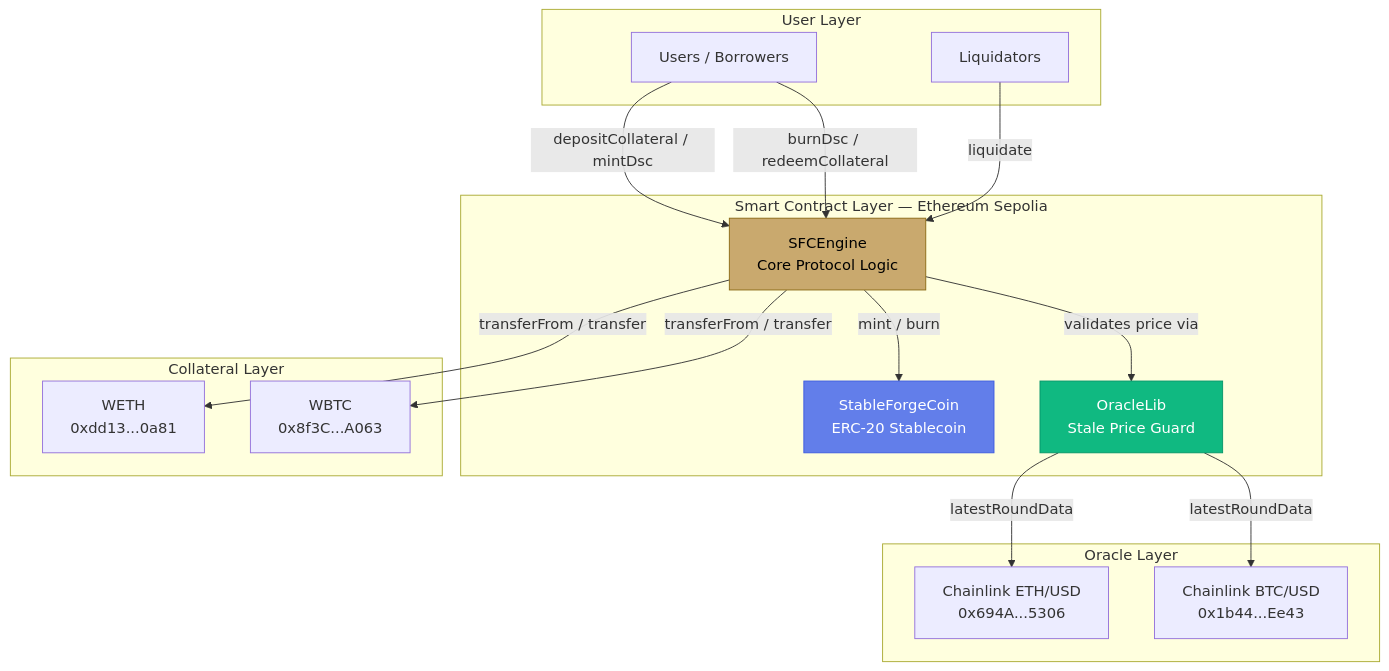
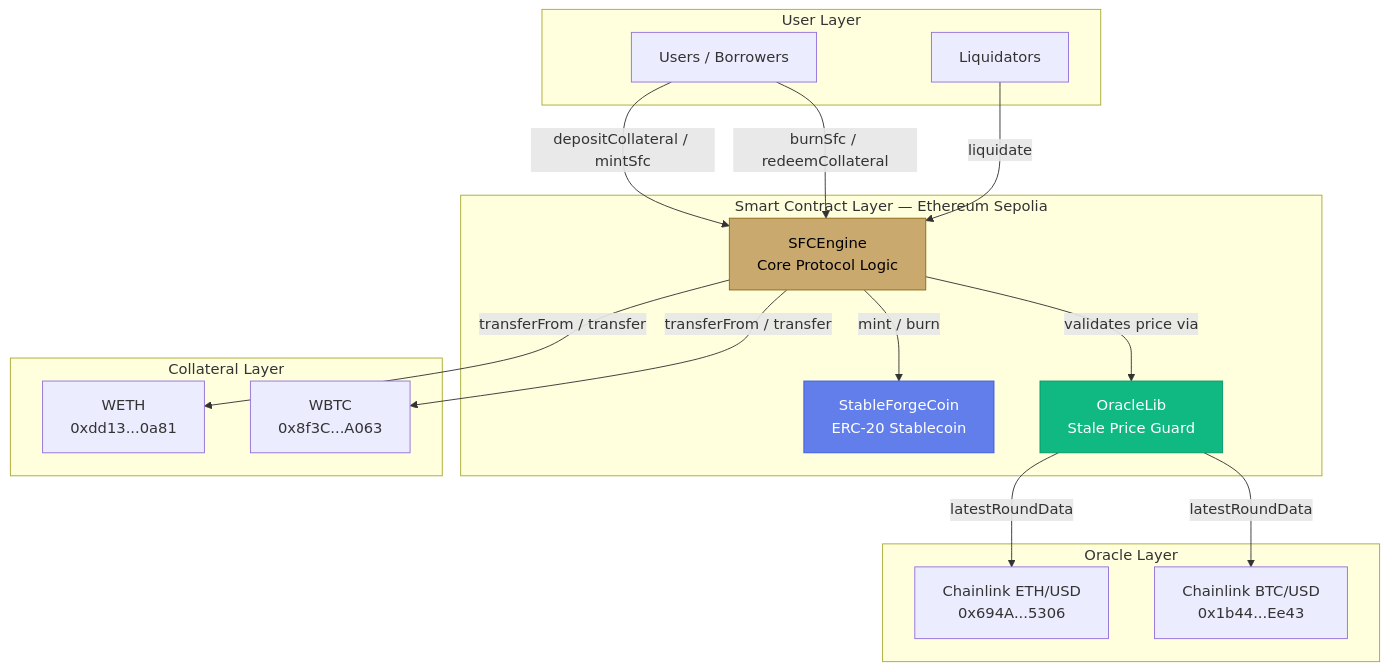
Before and after one commit to 1khushibarnwal/StableForge: the second of 3 diagrams in README.md, drawn with Mermaid. The commit also changed other lines of this file and 15 other files, not shown here.

````diff
--- a/README.md
+++ b/README.md
@@ -74,37 +74,37 @@
 ```mermaid
 graph TB
     subgraph "User Layer"
         U[Users / Borrowers]
         LQ[Liquidators]
     end
 
     subgraph "Smart Contract Layer — Ethereum Sepolia"
         E[SFCEngine<br/>Core Protocol Logic]
         S[StableForgeCoin<br/>ERC-20 Stablecoin]
         OL[OracleLib<br/>Stale Price Guard]
     end
 
     subgraph "Oracle Layer"
         ETH_FEED[Chainlink ETH/USD<br/>0x694A...5306]
         BTC_FEED[Chainlink BTC/USD<br/>0x1b44...Ee43]
     end
 
     subgraph "Collateral Layer"
         WETH[WETH<br/>0xdd13...0a81]
         WBTC[WBTC<br/>0x8f3C...A063]
     end
 
-    U -->|depositCollateral / mintDsc| E
-    U -->|burnDsc / redeemCollateral| E
+    U -->|depositCollateral / mintSfc| E
+    U -->|burnSfc / redeemCollateral| E
     LQ -->|liquidate| E
     E -->|mint / burn| S
     E -->|validates price via| OL
     OL -->|latestRoundData| ETH_FEED
     OL -->|latestRoundData| BTC_FEED
     E -->|transferFrom / transfer| WETH
     E -->|transferFrom / transfer| WBTC
 
     style E fill:#C9A96E,stroke:#8B6914,color:#000
     style S fill:#627EEA,stroke:#3D5BE0,color:#fff
     style OL fill:#10b981,stroke:#059669,color:#fff
 ```
````
